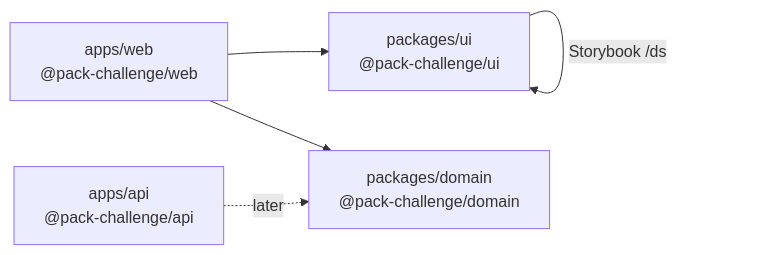
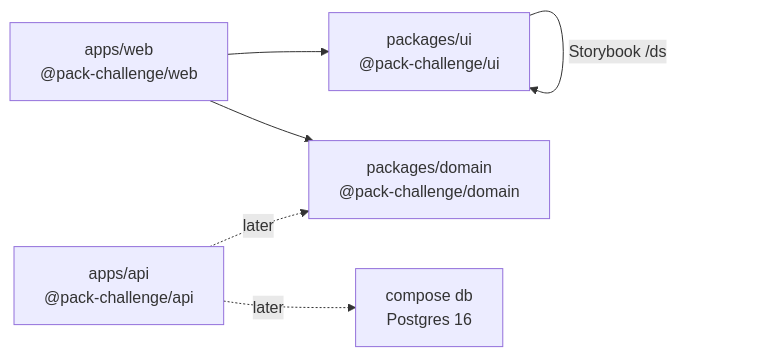
One commit to borjalofe/svelte-file-uploader changed the diagram in README.md. Above: the diagram before and after it, drawn with Mermaid. The commit also changed other lines of this file and 2 other files, not shown here.

First line of the commit message:
docs(readme+decisions): Compose DB runbook and ADR 0002

````diff
--- a/README.md
+++ b/README.md
@@ -32,12 +34,14 @@
 ```mermaid
 flowchart LR
   web["apps/web<br/>@pack-challenge/web"]
   api["apps/api<br/>@pack-challenge/api"]
   ui["packages/ui<br/>@pack-challenge/ui"]
   domain["packages/domain<br/>@pack-challenge/domain"]
+  db["compose db<br/>Postgres 16"]
 
   web --> ui
   web --> domain
   api -.->|later| domain
+  api -.->|later| db
   ui -->|Storybook /ds| ui
 ```
````
